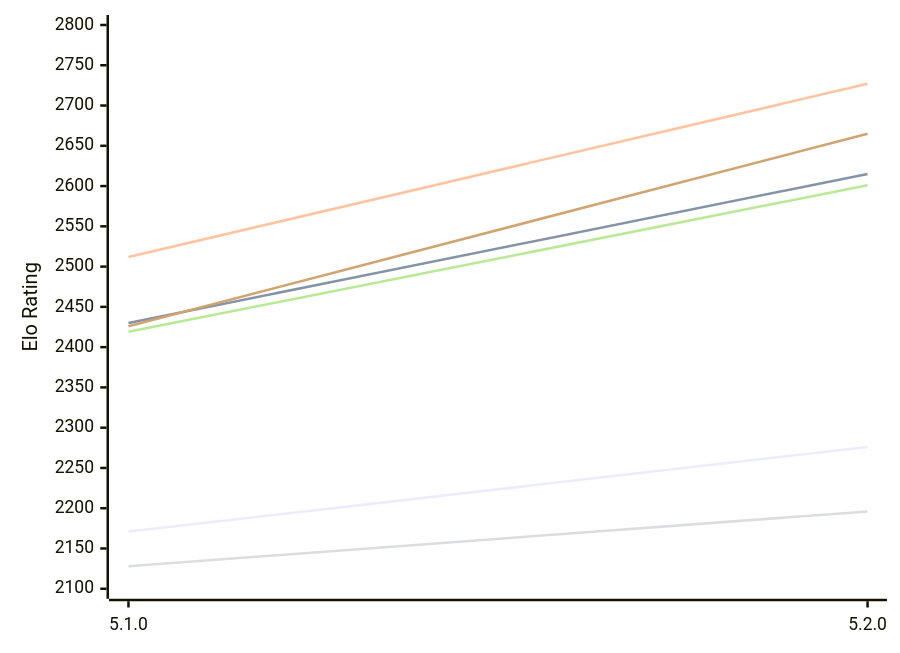
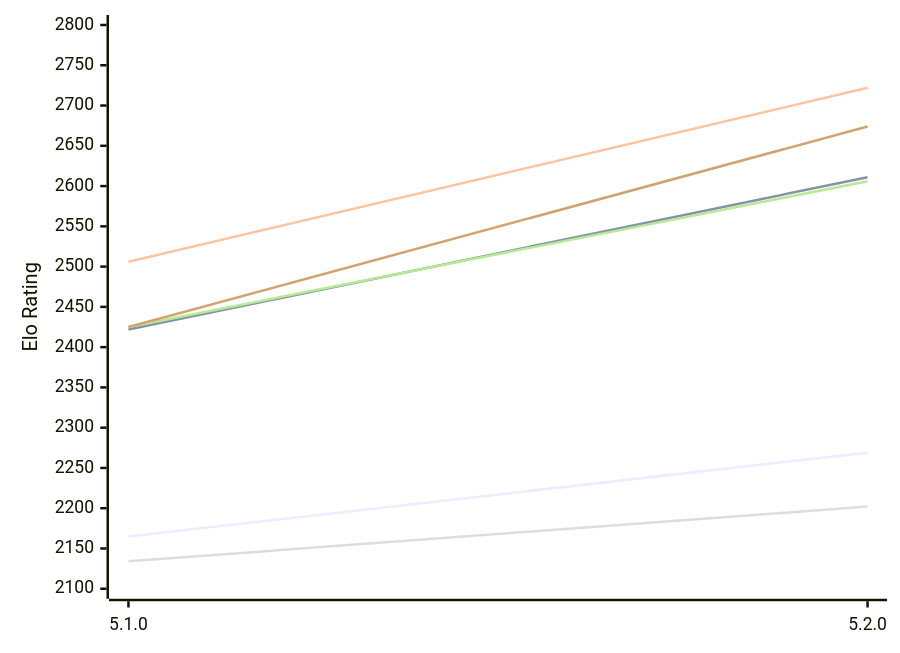
One commit to computer-chess-index/cci changed the first of 2 diagrams in engines/Aconcagua.md. Above: the diagram before and after it, drawn with Mermaid. The commit also changed other lines of this file, not shown here.

Commit message:
Update CCI Ratings (ELO VLTC) - 2026-11-18

````diff
--- a/engines/Aconcagua.md
+++ b/engines/Aconcagua.md
@@ -53,12 +53,12 @@
 ```mermaid
 %%{init: {"theme":"base","themeVariables":{"seriesColors:['#a3a3a3','#222221','#faa371']}}}%%
 xychart-beta
   x-axis ["5.1.0", "5.2.0"]
   y-axis "Elo Rating" 2100 --> 2800
-  line "E1: STC (8.0+0.08s)" [2171, 2276]
-  line "E1: LTC (60.0+0.60s)" [2430, 2615]
-  line "E1: VLTC (2m24s+1.12s)" [2512, 2727]
-  line "P1: STC (8.0+0.08s)" [2128, 2196]
-  line "P1: LTC (60.0+0.60s)" [2419, 2601]
-  line "P1: VLTC (2m24s+1.12s)" [2426, 2665]
+  line "E1: STC (8.0+0.08s)" [2165, 2269]
+  line "E1: LTC (60.0+0.60s)" [2422, 2611]
+  line "E1: VLTC (2m24s+1.12s)" [2506, 2722]
+  line "P1: STC (8.0+0.08s)" [2134, 2202]
+  line "P1: LTC (60.0+0.60s)" [2425, 2606]
+  line "P1: VLTC (2m24s+1.12s)" [2425, 2674]
 ```
````
